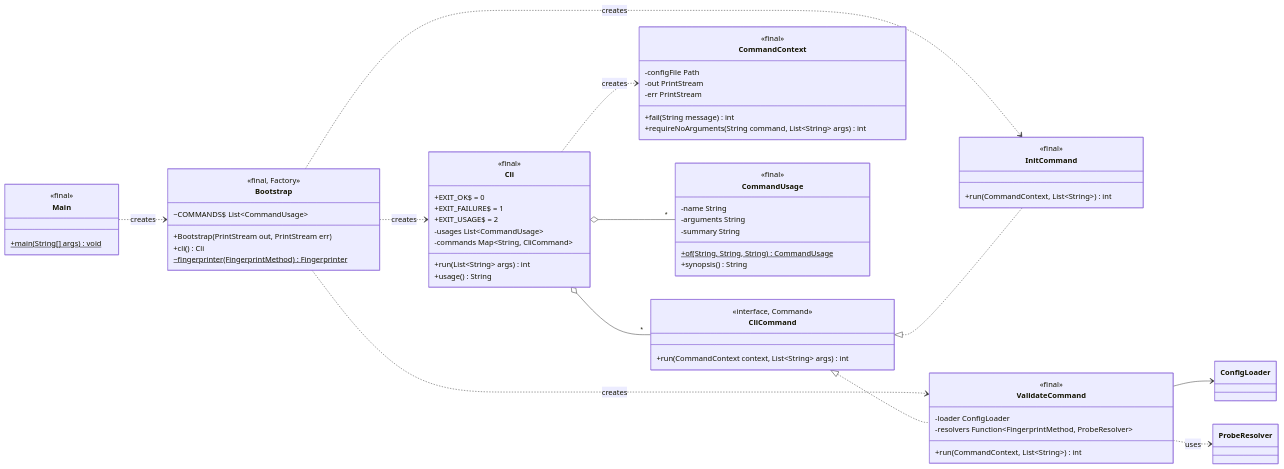
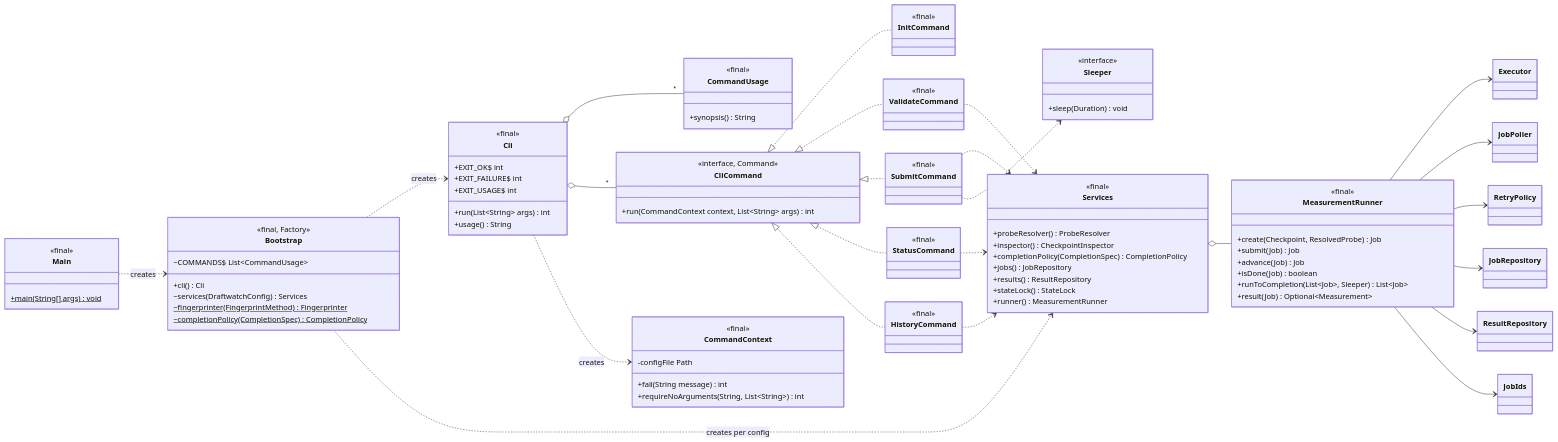
One commit to ritikmahy5/draftwatch changed the first of 9 diagrams in docs/uml/class-diagram.md. Above: the diagram before and after it, drawn with Mermaid. The commit also changed other lines of this file and 2 other files, not shown here.

Commit message:
docs: update architecture, class diagram, and README for M2

````diff
--- a/docs/uml/class-diagram.md
+++ b/docs/uml/class-diagram.md
@@ -20,17 +20,16 @@
   class Bootstrap {
     <<final, Factory>>
     ~COMMANDS$ List~CommandUsage~
-    +Bootstrap(PrintStream out, PrintStream err)
     +cli() Cli
+    ~services(DraftwatchConfig) Services
     ~fingerprinter(FingerprintMethod)$ Fingerprinter
+    ~completionPolicy(CompletionSpec)$ CompletionPolicy
   }
   class Cli {
     <<final>>
-    +EXIT_OK$ = 0
-    +EXIT_FAILURE$ = 1
-    +EXIT_USAGE$ = 2
-    -usages List~CommandUsage~
-    -commands Map~String, CliCommand~
+    +EXIT_OK$ int
+    +EXIT_FAILURE$ int
+    +EXIT_USAGE$ int
     +run(List~String~ args) int
     +usage() String
   }
@@ -41,39 +40,63 @@
   class CommandContext {
     <<final>>
     -configFile Path
-    -out PrintStream
-    -err PrintStream
     +fail(String message) int
-    +requireNoArguments(String command, List~String~ args) int
+    +requireNoArguments(String, List~String~) int
   }
   class CommandUsage {
     <<final>>
-    -name String
-    -arguments String
-    -summary String
-    +of(String, String, String)$ CommandUsage
     +synopsis() String
   }
-  class InitCommand {
+  class InitCommand { <<final>> }
+  class ValidateCommand { <<final>> }
+  class SubmitCommand { <<final>> }
+  class StatusCommand { <<final>> }
+  class HistoryCommand { <<final>> }
+  class Services {
     <<final>>
-    +run(CommandContext, List~String~) int
+    +probeResolver() ProbeResolver
+    +inspector() CheckpointInspector
+    +completionPolicy(CompletionSpec) CompletionPolicy
+    +jobs() JobRepository
+    +results() ResultRepository
+    +stateLock() StateLock
+    +runner() MeasurementRunner
   }
-  class ValidateCommand {
+  class MeasurementRunner {
     <<final>>
-    -loader ConfigLoader
-    -resolvers Function~FingerprintMethod, ProbeResolver~
-    +run(CommandContext, List~String~) int
+    +create(Checkpoint, ResolvedProbe) Job
+    +submit(Job) Job
+    +advance(Job) Job
+    +isDone(Job) boolean
+    +runToCompletion(List~Job~, Sleeper) List~Job~
+    +result(Job) Optional~Measurement~
+  }
+  class Sleeper {
+    <<interface>>
+    +sleep(Duration) void
   }
 
   Main ..> Bootstrap : creates
   Bootstrap ..> Cli : creates
-  Bootstrap ..> InitCommand : creates
-  Bootstrap ..> ValidateCommand : creates
+  Bootstrap ..> Services : creates per config
   Cli o-- "*" CommandUsage
   Cli o-- "*" CliCommand
   Cli ..> CommandContext : creates
   CliCommand <|.. InitCommand
   CliCommand <|.. ValidateCommand
-  ValidateCommand --> ConfigLoader
-  ValidateCommand ..> ProbeResolver : uses
+  CliCommand <|.. SubmitCommand
+  CliCommand <|.. StatusCommand
+  CliCommand <|.. HistoryCommand
+  ValidateCommand ..> Services
+  SubmitCommand ..> Services
+  StatusCommand ..> Services
+  HistoryCommand ..> Services
+  Services o-- MeasurementRunner
+  MeasurementRunner --> Executor
+  MeasurementRunner --> JobPoller
+  MeasurementRunner --> RetryPolicy
+  MeasurementRunner --> JobRepository
+  MeasurementRunner --> ResultRepository
+  MeasurementRunner --> JobIds
+  SubmitCommand ..> Sleeper
 ```
````
